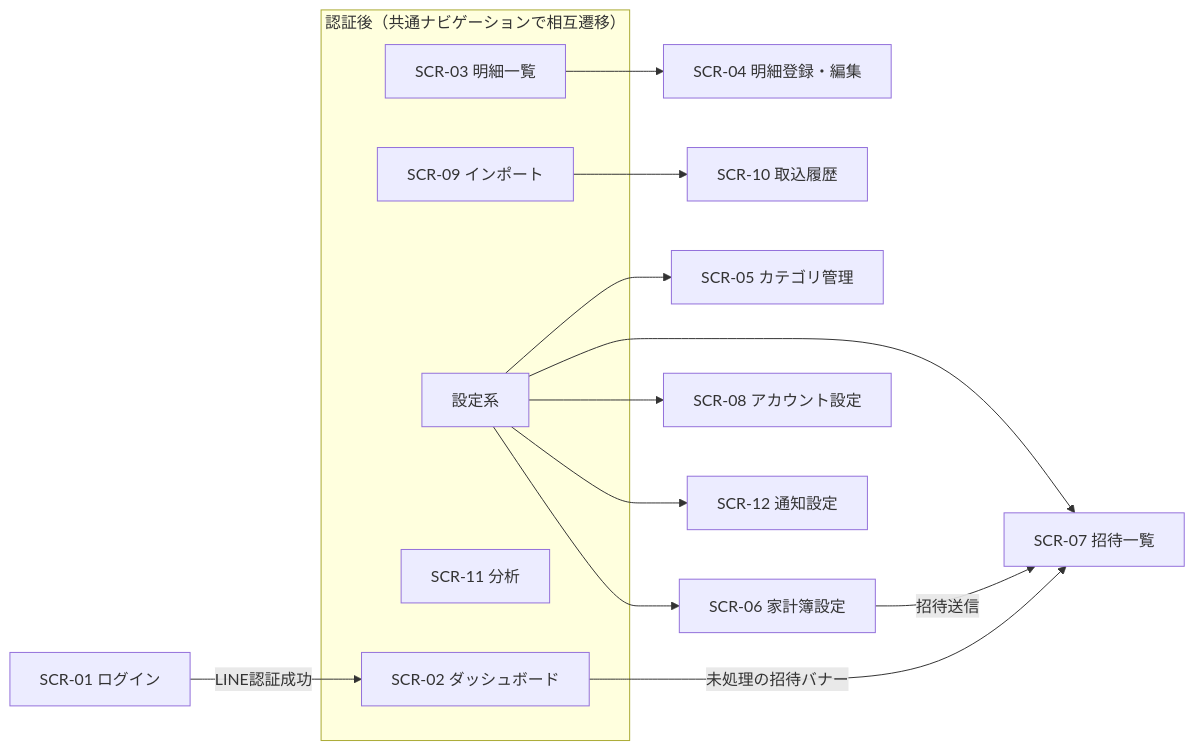
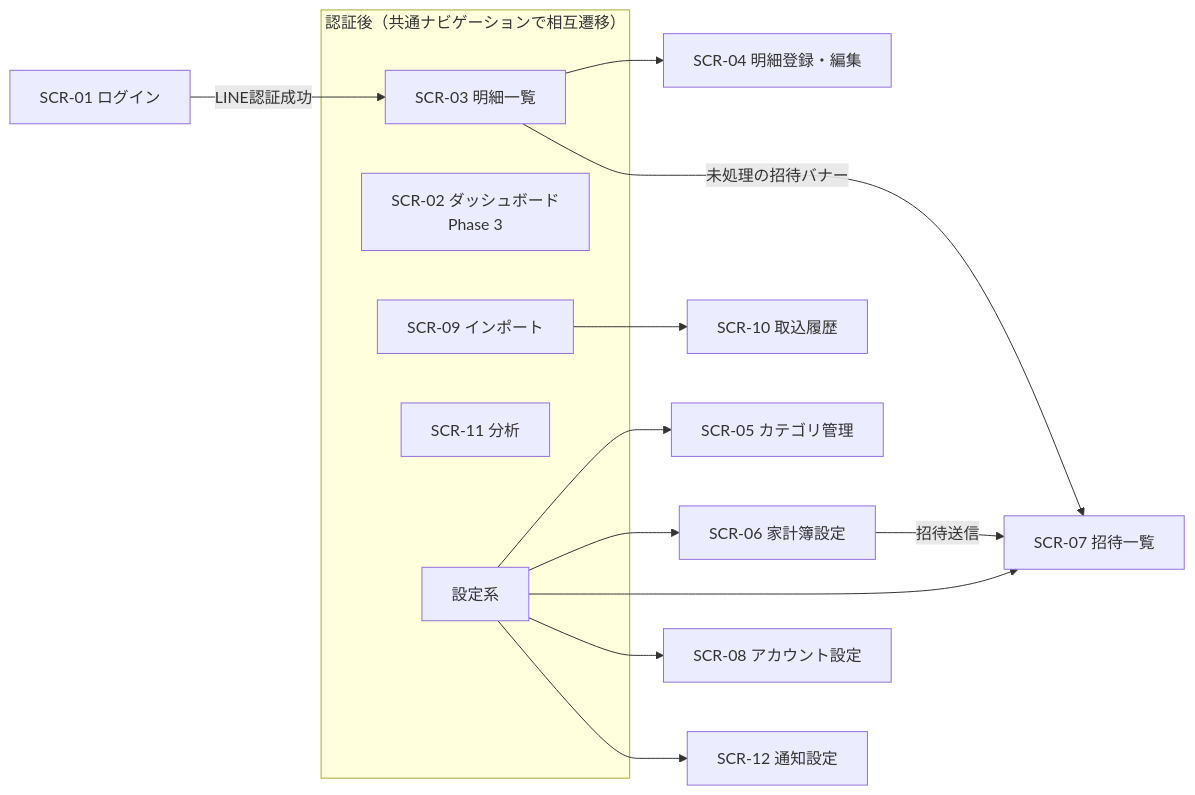
Before and after one commit to tommynishi/tracking-money: the diagram in docs/screen.md, drawn with Mermaid. The commit also changed other lines of this file and 8 other files, not shown here.

````diff
--- a/docs/screen.md
+++ b/docs/screen.md
@@ -31,23 +31,23 @@
 ```mermaid
 graph LR
-    LOGIN[SCR-01 ログイン] -->|LINE認証成功| DASH[SCR-02 ダッシュボード]
+    LOGIN[SCR-01 ログイン] -->|LINE認証成功| ENTRIES[SCR-03 明細一覧]
 
     subgraph Main["認証後（共通ナビゲーションで相互遷移）"]
-        DASH
-        ENTRIES[SCR-03 明細一覧]
+        ENTRIES
+        DASH[SCR-02 ダッシュボード<br/>Phase 3]
         IMPORT[SCR-09 インポート]
         ANALYSIS[SCR-11 分析]
         SETTINGS[設定系]
     end
 
     ENTRIES --> FORM[SCR-04 明細登録・編集]
     IMPORT --> IMPORTS[SCR-10 取込履歴]
     SETTINGS --> CAT[SCR-05 カテゴリ管理]
     SETTINGS --> LEDGER[SCR-06 家計簿設定]
     SETTINGS --> INV[SCR-07 招待一覧]
     SETTINGS --> PROF[SCR-08 アカウント設定]
     SETTINGS --> NOTIFY[SCR-12 通知設定]
 
     LEDGER -->|招待送信| INV
-    DASH -->|未処理の招待バナー| INV
+    ENTRIES -->|未処理の招待バナー| INV
 ```
````
